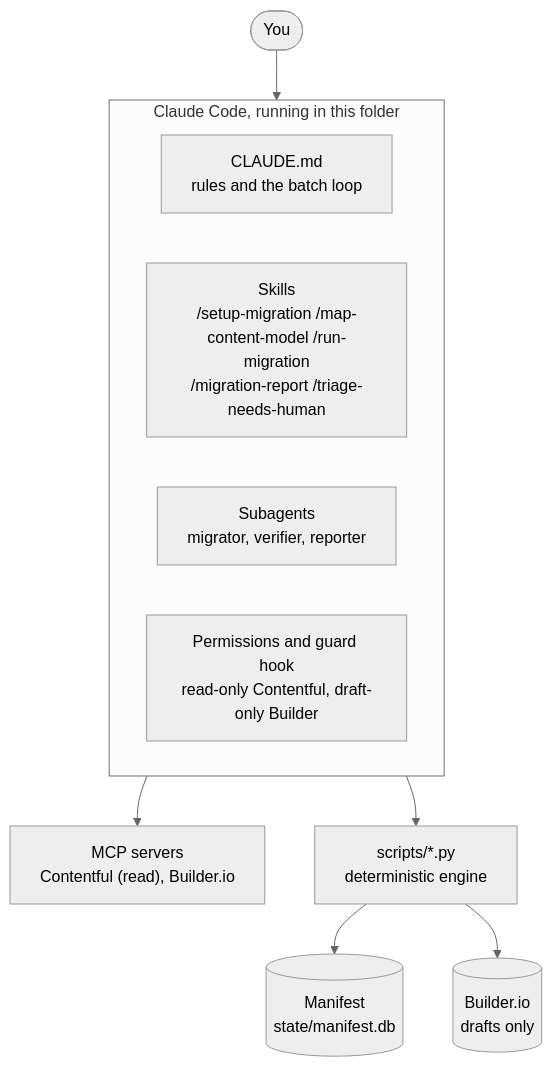
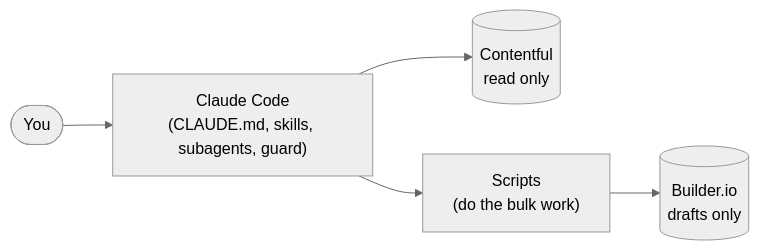
The first of 5 diagrams in README.md (JasonYangCIS/cms-to-builder-content), drawn with Mermaid (neutral theme) before and after one commit. The commit also changed other lines of this file and 1 other file, not shown here.

Commit message:
Simplify Mermaid diagrams in README and docs/phases

````diff
--- a/README.md
+++ b/README.md
@@ -55,14 +55,7 @@
 ```mermaid
-flowchart TB
-  You(["You"]) --> CC
-  subgraph CC["Claude Code, running in this folder"]
-    CM["CLAUDE.md<br/>rules and the batch loop"]
-    SK["Skills<br/>/setup-migration /map-content-model /run-migration<br/>/migration-report /triage-needs-human"]
-    AG["Subagents<br/>migrator, verifier, reporter"]
-    GD["Permissions and guard hook<br/>read-only Contentful, draft-only Builder"]
-  end
-  CC --> MCP["MCP servers<br/>Contentful (read), Builder.io"]
-  CC --> PY["scripts/*.py<br/>deterministic engine"]
-  PY --> MF[("Manifest<br/>state/manifest.db")]
-  PY --> BD[("Builder.io<br/>drafts only")]
+flowchart LR
+  You(["You"]) --> CC["Claude Code<br/>(CLAUDE.md, skills, subagents, guard)"]
+  CC --> SRC[("Contentful<br/>read only")]
+  CC --> PY["Scripts<br/>(do the bulk work)"]
+  PY --> BLD[("Builder.io<br/>drafts only")]
 ```
````
